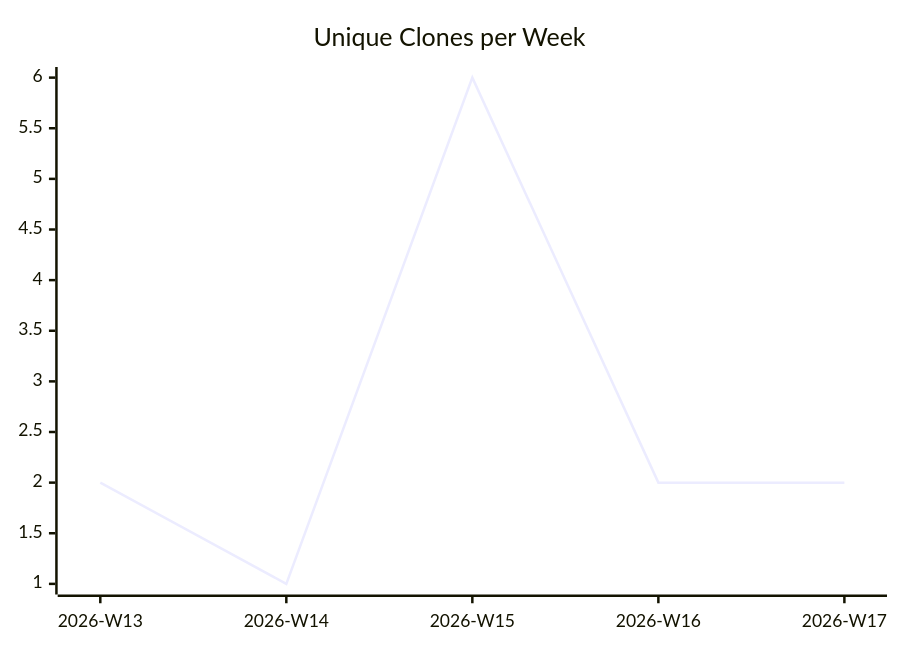
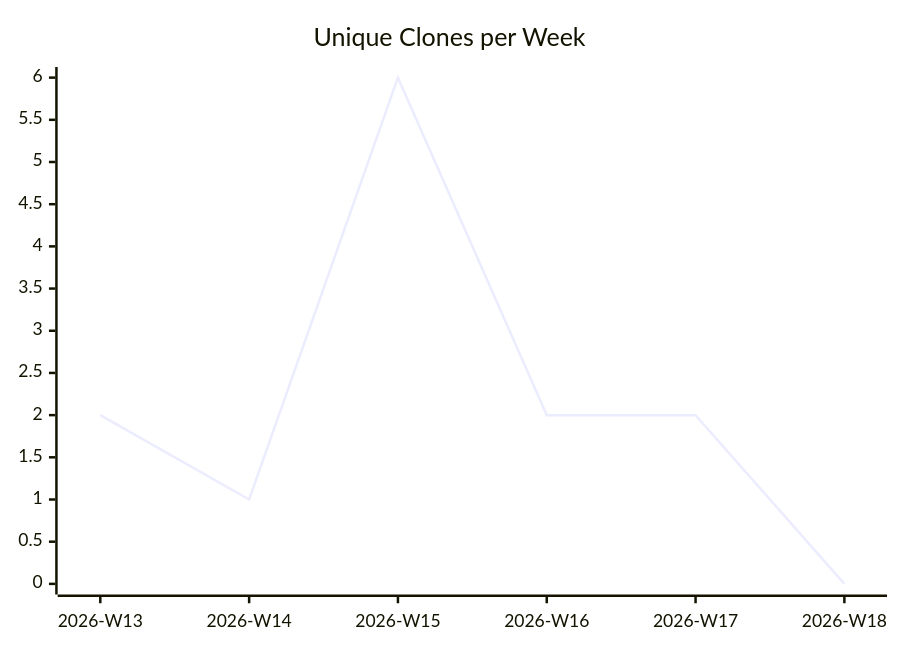
One commit to justdavis-family/github-analytics-data changed the third of 3 diagrams in karlmdavis/m2e-core/README.md. Above: the diagram before and after it, drawn with Mermaid. The commit also changed other lines of this file and 184 other files, not shown here.

````diff
--- a/karlmdavis/m2e-core/README.md
+++ b/karlmdavis/m2e-core/README.md
@@ -19,6 +19,6 @@
 ```mermaid
 xychart-beta
   title "Unique Clones per Week"
-  x-axis ["2026-W13", "2026-W14", "2026-W15", "2026-W16", "2026-W17"]
-  line [2, 1, 6, 2, 2]
+  x-axis ["2026-W13", "2026-W14", "2026-W15", "2026-W16", "2026-W17", "2026-W18"]
+  line [2, 1, 6, 2, 2, 0]
 ```
````
